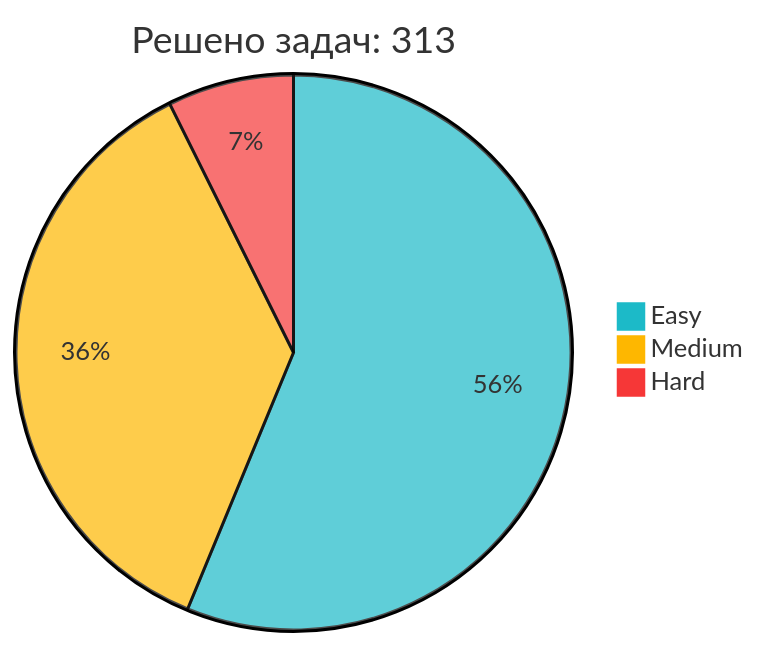
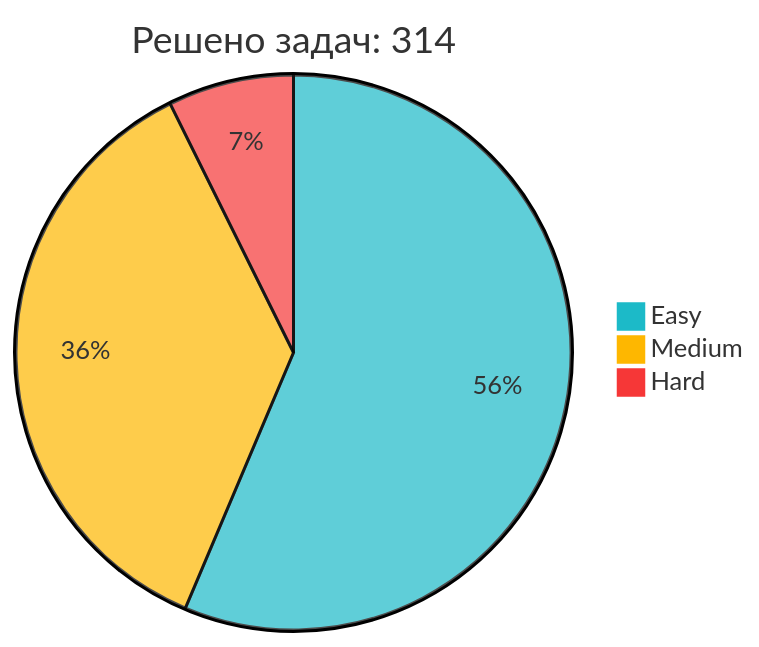
The diagram in README.md (IliaKurdukov/IliaKurdukov), drawn with Mermaid before and after one commit. The commit also changed other lines of this file, not shown here.

Commit message:
📈 Обновление статистики LeetCode

````diff
--- a/README.md
+++ b/README.md
@@ -51,7 +51,7 @@
 ```mermaid
 %%{init: {'theme': 'base', 'themeVariables': { 'pie1': '#1CBAC8', 'pie2': '#FEB700', 'pie3': '#F63737' }, 'config': {'width': 300, 'height': 200}}}%%
-pie title Решено задач: 313
-   "Easy" : 176
+pie title Решено задач: 314
+   "Easy" : 177
    "Medium" : 114
    "Hard" : 23
 ```
````
